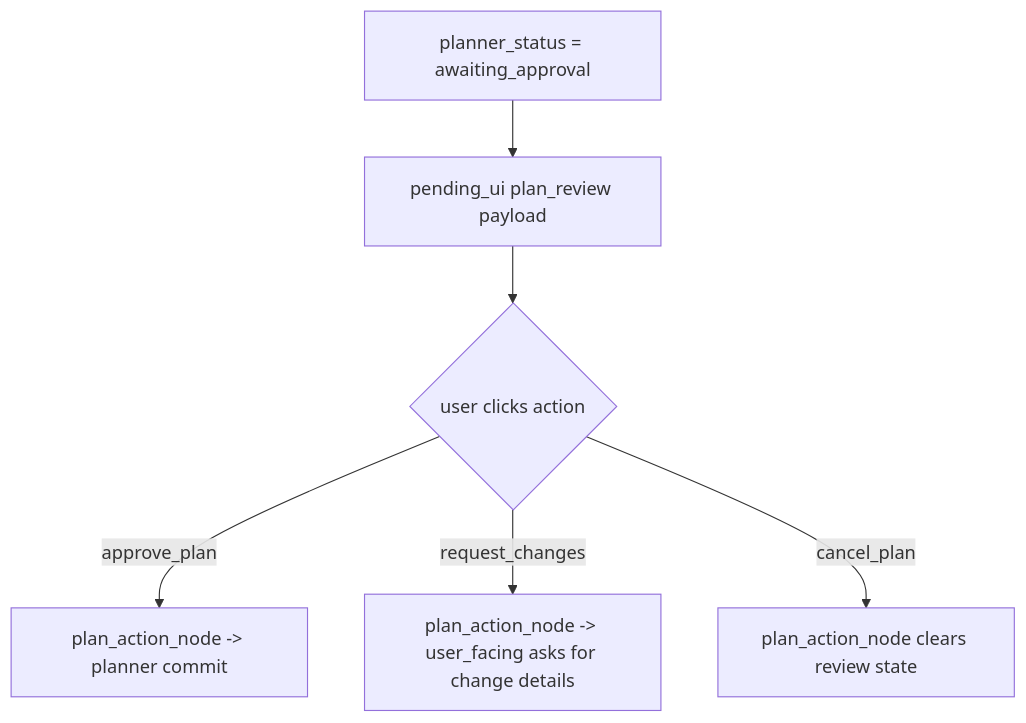
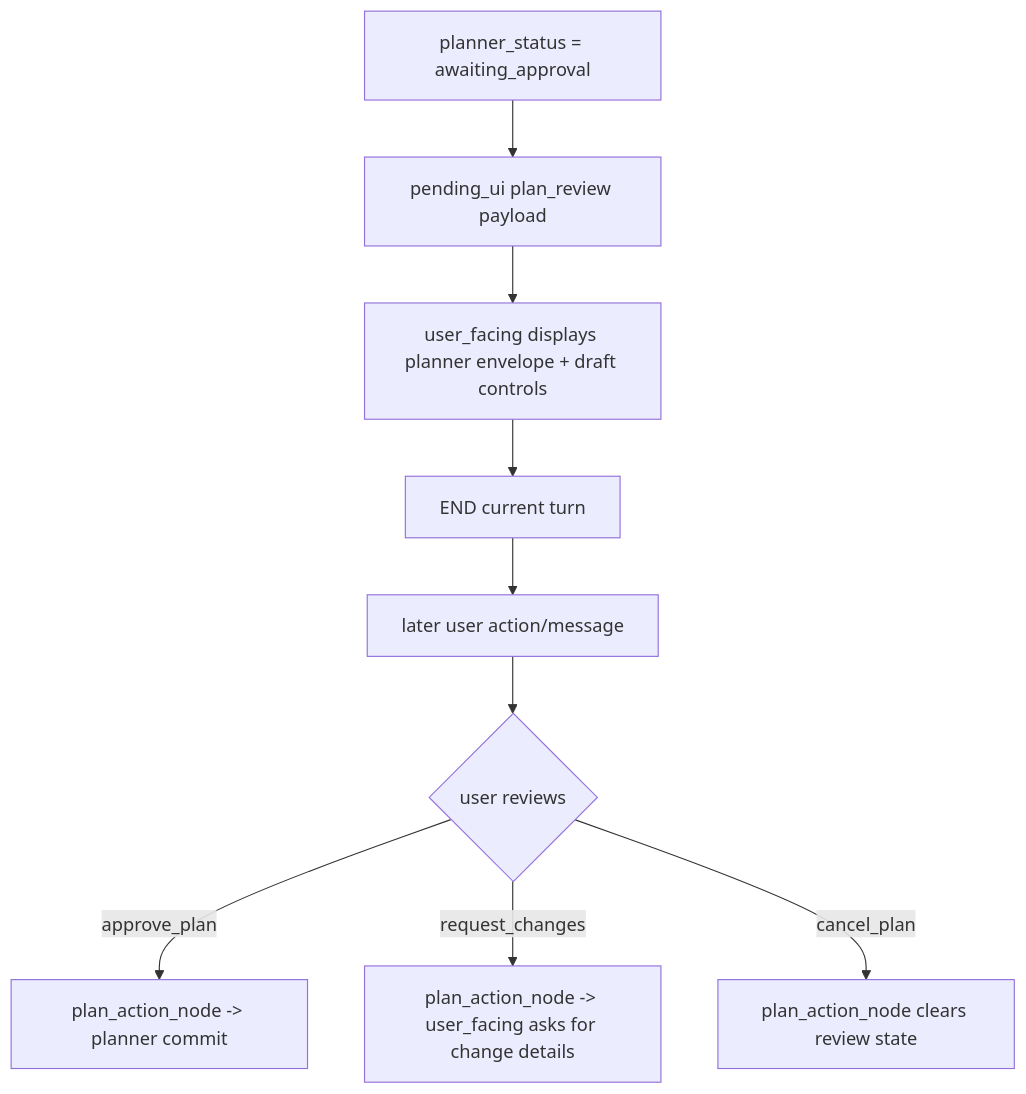
Before and after one commit to SaathiAI/PrivateSkedio: the tenth of 11 diagrams in Weekly-Study-Planner/supervisor_slop_diagram.md, drawn with Mermaid. The commit also changed other lines of this file and 25 other files, not shown here.

````diff
--- a/Weekly-Study-Planner/supervisor_slop_diagram.md
+++ b/Weekly-Study-Planner/supervisor_slop_diagram.md
@@ -185,8 +193,11 @@
 ```mermaid
 flowchart TD
     Verified["planner_status = awaiting_approval"] --> UI["pending_ui plan_review payload"]
-    UI --> UserChoice{"user clicks action"}
+    UI --> Display["user_facing displays planner envelope + draft controls"]
+    Display --> EndTurn["END current turn"]
+    EndTurn --> NextTurn["later user action/message"]
+    NextTurn --> UserChoice{"user reviews"}
     UserChoice -->|approve_plan| Commit["plan_action_node -> planner commit"]
     UserChoice -->|request_changes| Ask["plan_action_node -> user_facing asks for change details"]
     UserChoice -->|cancel_plan| Cancel["plan_action_node clears review state"]
 ```
````
